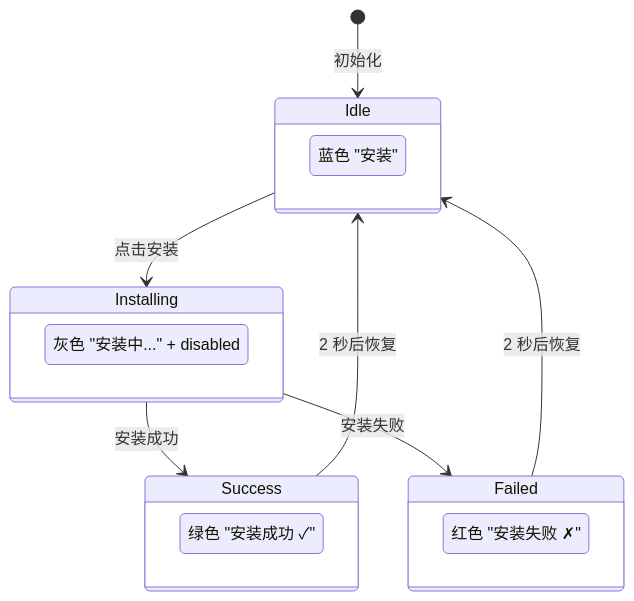
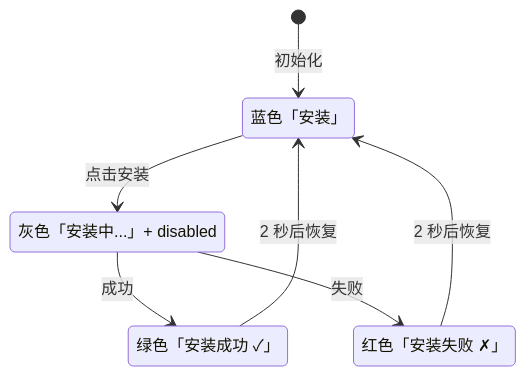
Before and after one commit to shiwenwen/hope-agent: diagram 17 of 19 in docs/architecture/skill-system.md, drawn with Mermaid. The commit also changed other lines of this file, not shown here.

````diff
--- a/docs/architecture/skill-system.md
+++ b/docs/architecture/skill-system.md
@@ -1551,22 +1220,13 @@
 ```mermaid
 stateDiagram-v2
     [*] --> Idle: 初始化
     Idle --> Installing: 点击安装
-    Installing --> Success: 安装成功
-    Installing --> Failed: 安装失败
+    Installing --> Success: 成功
+    Installing --> Failed: 失败
     Success --> Idle: 2 秒后恢复
     Failed --> Idle: 2 秒后恢复
-
-    state Idle {
-        [*]: 蓝色 "安装"
-    }
-    state Installing {
-        [*]: 灰色 "安装中..." + disabled
-    }
-    state Success {
-        [*]: 绿色 "安装成功 ✓"
-    }
-    state Failed {
-        [*]: 红色 "安装失败 ✗"
-    }
+    Idle: 蓝色「安装」
+    Installing: 灰色「安装中...」+ disabled
+    Success: 绿色「安装成功 ✓」
+    Failed: 红色「安装失败 ✗」
 ```
````
